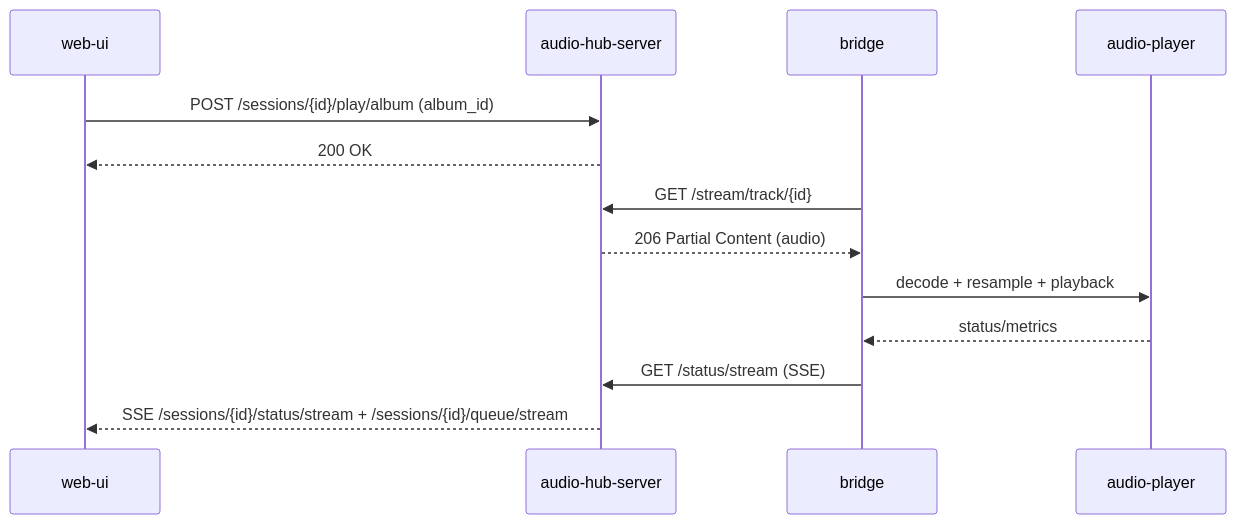
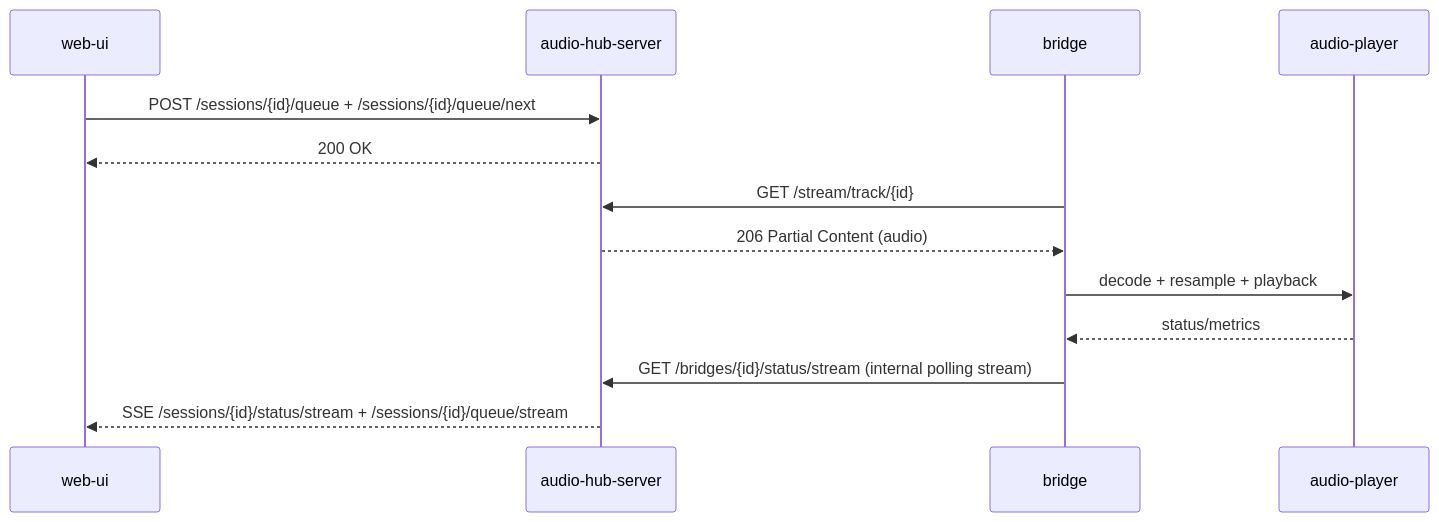
One commit to dariusbakunas/audio-bridge changed the first of 4 diagrams in README.md. Above: the diagram before and after it, drawn with Mermaid. The commit also changed other lines of this file and 2 other files, not shown here.

````diff
--- a/README.md
+++ b/README.md
@@ -30,16 +30,16 @@
 ```mermaid
 sequenceDiagram
     participant UI as web-ui
     participant HUB as audio-hub-server
     participant BR as bridge
     participant AP as audio-player
 
-    UI->>HUB: POST /sessions/{id}/play/album (album_id)
+    UI->>HUB: POST /sessions/{id}/queue + /sessions/{id}/queue/next
     HUB-->>UI: 200 OK
     BR->>HUB: GET /stream/track/{id}
     HUB-->>BR: 206 Partial Content (audio)
     BR->>AP: decode + resample + playback
     AP-->>BR: status/metrics
-    BR->>HUB: GET /status/stream (SSE)
+    BR->>HUB: GET /bridges/{id}/status/stream (internal polling stream)
     HUB-->>UI: SSE /sessions/{id}/status/stream + /sessions/{id}/queue/stream
 ```
````
